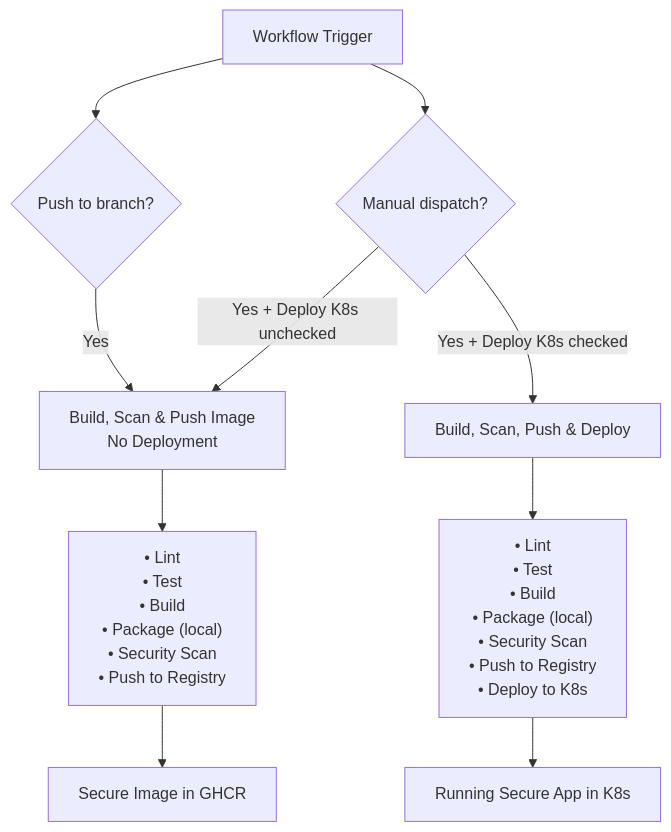
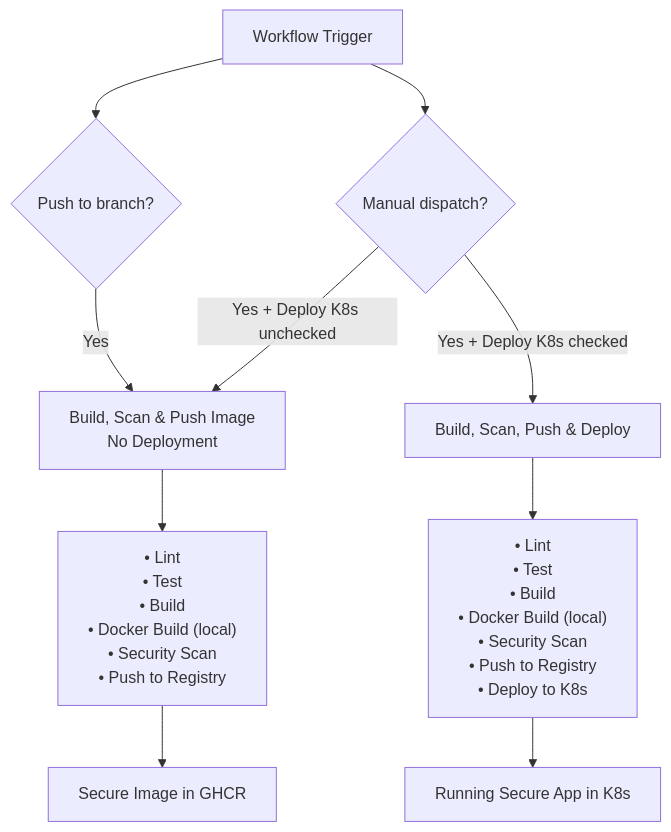
Before and after one commit to altimetrik-digital-enablement-demo-hub/platform-github-actions: the sixth of 7 diagrams in FLOW.md, drawn with Mermaid. The commit also changed other lines of this file and 8 other files, not shown here.

````diff
--- a/FLOW.md
+++ b/FLOW.md
@@ -216,15 +216,15 @@
 ```mermaid
 flowchart TD
     START[Workflow Trigger] --> PUSH_CHECK{Push to branch?}
     START --> DISPATCH_CHECK{Manual dispatch?}
     
     PUSH_CHECK -->|Yes| BUILD_ONLY["Build, Scan & Push Image<br/>No Deployment"]
     DISPATCH_CHECK -->|Yes + Deploy K8s checked| FULL_DEPLOY["Build, Scan, Push & Deploy"]
     DISPATCH_CHECK -->|Yes + Deploy K8s unchecked| BUILD_ONLY
     
-    BUILD_ONLY --> STEPS1["• Lint<br/>• Test<br/>• Build<br/>• Package (local)<br/>• Security Scan<br/>• Push to Registry"]
-    FULL_DEPLOY --> STEPS2["• Lint<br/>• Test<br/>• Build<br/>• Package (local)<br/>• Security Scan<br/>• Push to Registry<br/>• Deploy to K8s"]
+    BUILD_ONLY --> STEPS1["• Lint<br/>• Test<br/>• Build<br/>• Docker Build (local)<br/>• Security Scan<br/>• Push to Registry"]
+    FULL_DEPLOY --> STEPS2["• Lint<br/>• Test<br/>• Build<br/>• Docker Build (local)<br/>• Security Scan<br/>• Push to Registry<br/>• Deploy to K8s"]
     
     STEPS1 --> END1[Secure Image in GHCR]
     STEPS2 --> END2[Running Secure App in K8s]
 ```
````
